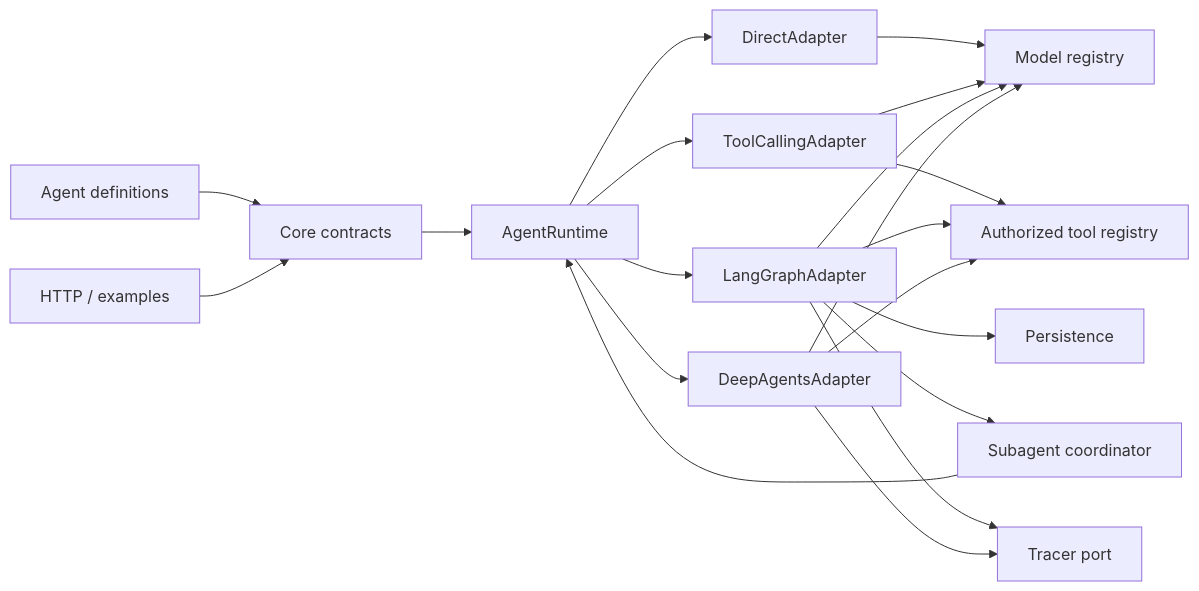
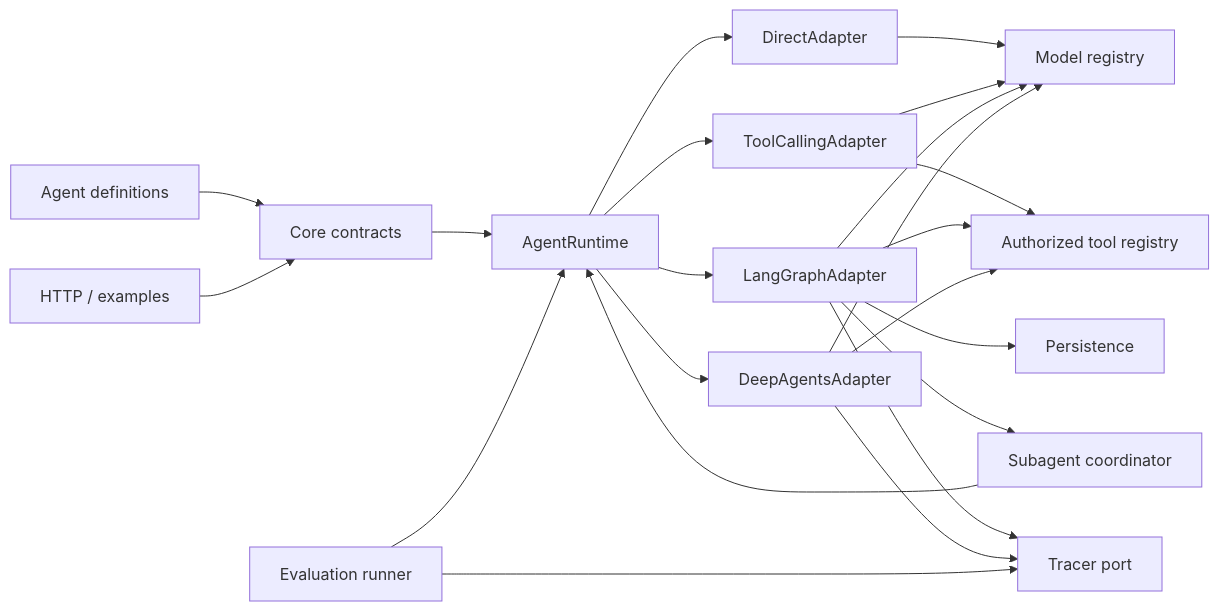
One commit to sarreche/boio-agents-lab changed the diagram in docs/01-architecture.md. Above: the diagram before and after it, drawn with Mermaid. The commit also changed 22 other files, not shown here.

````diff
--- a/docs/01-architecture.md
+++ b/docs/01-architecture.md
@@ -16,22 +16,24 @@
 ```mermaid
 flowchart LR
     Agents[Agent definitions] --> Core[Core contracts]
     API[HTTP / examples] --> Core
     Core --> RuntimePort[AgentRuntime]
     RuntimePort --> DirectAdapter
     RuntimePort --> ToolCallingAdapter
     RuntimePort --> LangGraphAdapter
     RuntimePort --> DeepAgentsAdapter
     DirectAdapter --> Providers[Model registry]
     ToolCallingAdapter --> Providers
     ToolCallingAdapter --> Tools[Authorized tool registry]
     LangGraphAdapter --> Providers[Model registry]
     DeepAgentsAdapter --> Providers
     LangGraphAdapter --> Tools
     DeepAgentsAdapter --> Tools
     LangGraphAdapter --> Persistence
     LangGraphAdapter --> Delegation[Subagent coordinator]
     Delegation --> RuntimePort
     LangGraphAdapter --> Tracing[Tracer port]
     DeepAgentsAdapter --> Tracing
+    Evaluation[Evaluation runner] --> RuntimePort
+    Evaluation --> Tracing
 ```
````
